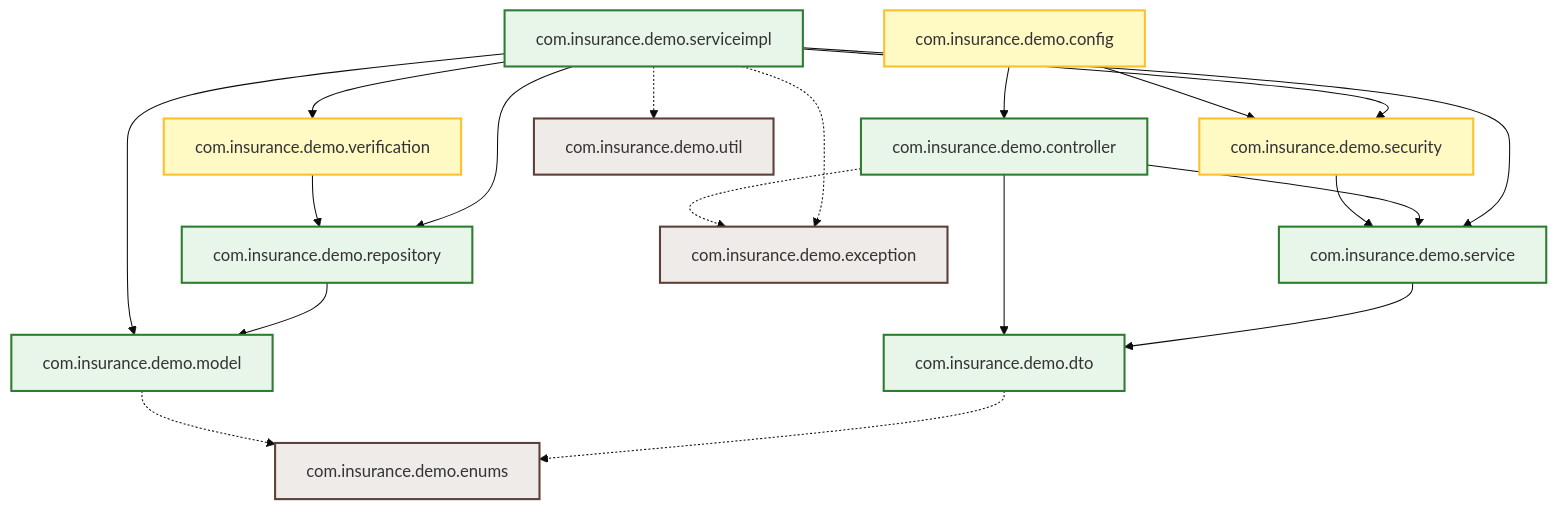
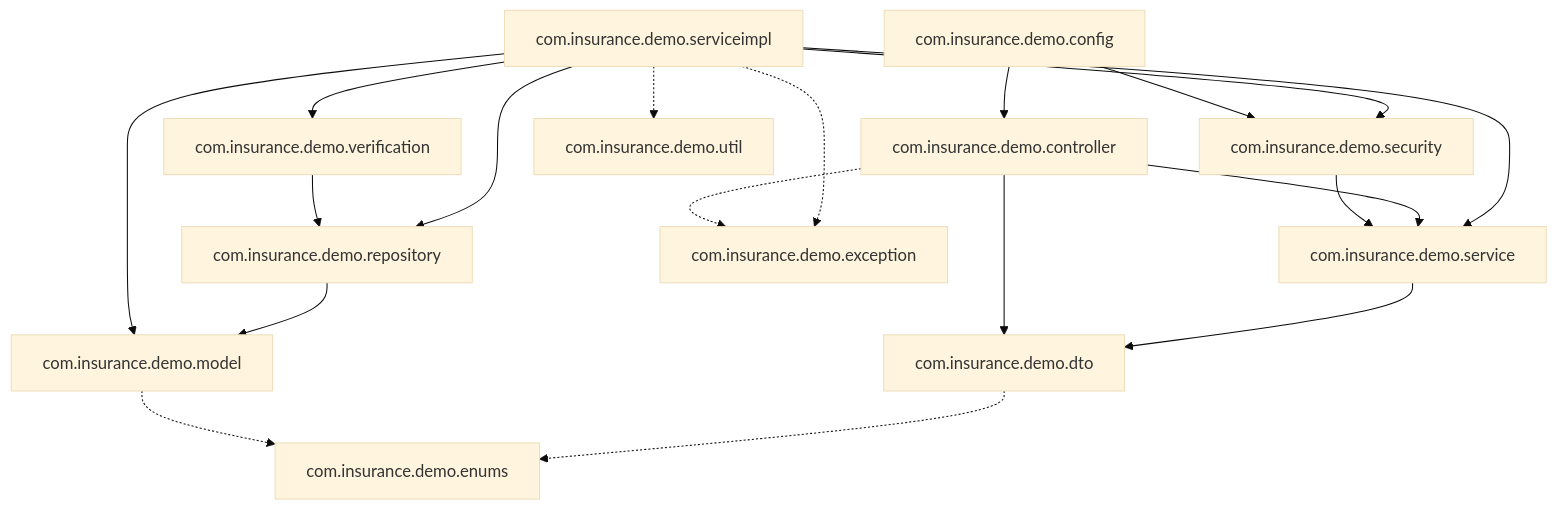
The diagram in docs/package_dependency.md (Gurry-12/insurance-policy-claim-management-system), drawn with Mermaid (base theme) before and after one commit. The commit also changed 3 other files, not shown here.

Commit message:
docs: Remove custom diagram style classes to support dual-theme light/dark mode

````diff
--- a/docs/package_dependency.md
+++ b/docs/package_dependency.md
@@ -11,47 +11,43 @@
 ```mermaid
 graph TD
-    classDef config fill:#fff9c4,stroke:#fbc02d,stroke-width:2px;
-    classDef layer fill:#e8f5e9,stroke:#2e7d32,stroke-width:2px;
-    classDef util fill:#efebe9,stroke:#5d4037,stroke-width:2px;
-
-    Config[com.insurance.demo.config]:::config
-    Security[com.insurance.demo.security]:::config
-    Verification[com.insurance.demo.verification]:::config
+    Config[com.insurance.demo.config]
+    Security[com.insurance.demo.security]
+    Verification[com.insurance.demo.verification]
     
-    Controller[com.insurance.demo.controller]:::layer
-    Service[com.insurance.demo.service]:::layer
-    ServiceImpl[com.insurance.demo.serviceimpl]:::layer
-    Repository[com.insurance.demo.repository]:::layer
-    Model[com.insurance.demo.model]:::layer
-    Dto[com.insurance.demo.dto]:::layer
+    Controller[com.insurance.demo.controller]
+    Service[com.insurance.demo.service]
+    ServiceImpl[com.insurance.demo.serviceimpl]
+    Repository[com.insurance.demo.repository]
+    Model[com.insurance.demo.model]
+    Dto[com.insurance.demo.dto]
     
-    Exception[com.insurance.demo.exception]:::util
-    Util[com.insurance.demo.util]:::util
-    Enums[com.insurance.demo.enums]:::util
+    Exception[com.insurance.demo.exception]
+    Util[com.insurance.demo.util]
+    Enums[com.insurance.demo.enums]
 
     %% Configuration dependencies
     Config --> Security
     Config --> Controller
     Security --> Service
     Verification --> Repository
 
     %% Clean Architecture flows
     Controller --> Dto
     Controller --> Service
     
     Service --> Dto
     ServiceImpl --> Service
     ServiceImpl --> Repository
     ServiceImpl --> Model
     ServiceImpl --> Verification
     ServiceImpl --> Security
     
     Repository --> Model
     
     %% Cross-cutting utilities
     Controller -.-> Exception
     ServiceImpl -.-> Exception
     Model -.-> Enums
     Dto -.-> Enums
     ServiceImpl -.-> Util
 ```
````
